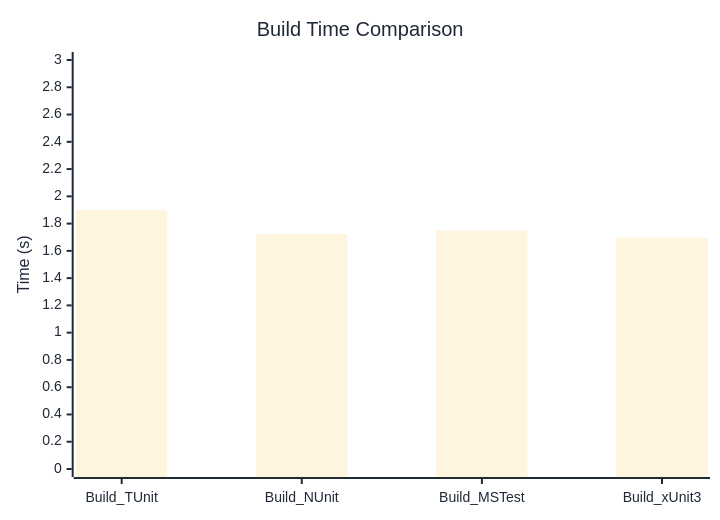
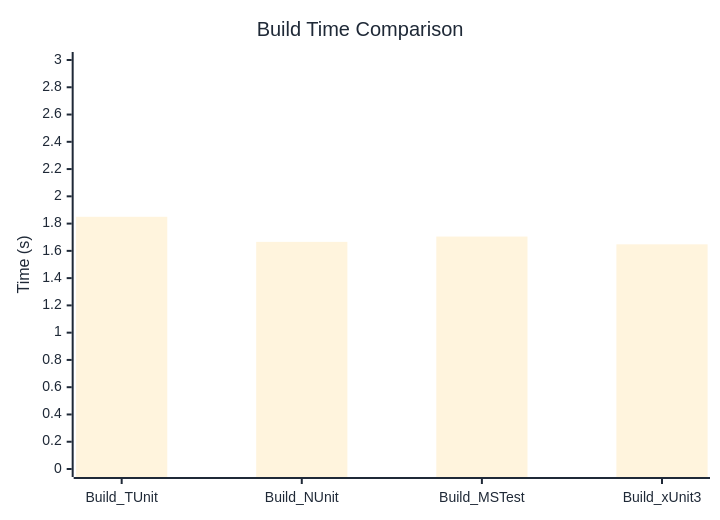
Before and after one commit to thomhurst/TUnit: the diagram in docs/docs/benchmarks/BuildTime.md, drawn with Mermaid. The commit also changed other lines of this file and 17 other files, not shown here.

````diff
--- a/docs/docs/benchmarks/BuildTime.md
+++ b/docs/docs/benchmarks/BuildTime.md
@@ -28,37 +28,37 @@
 ```mermaid
 %%{init: {
   'theme':'base',
   'themeVariables': {
     'primaryColor': '#2563eb',
     'primaryTextColor': '#1f2937',
     'primaryBorderColor': '#1e40af',
     'lineColor': '#6b7280',
     'secondaryColor': '#7c3aed',
     'tertiaryColor': '#dc2626',
     'background': '#ffffff',
     'mainBkg': '#2563eb',
     'secondBkg': '#7c3aed',
     'tertiaryBkg': '#dc2626',
     'clusterBkg': '#f3f4f6',
     'edgeLabelBackground': '#ffffff',
     'tertiaryTextColor': '#1f2937',
     'pie1': '#2563eb',
     'pie2': '#7c3aed',
     'pie3': '#dc2626',
     'pie4': '#f59e0b',
     'pie5': '#10b981',
     'pie6': '#06b6d4',
     'pie7': '#ec4899',
     'pie8': '#6366f1',
     'pie9': '#84cc16',
     'pie10': '#f97316',
     'pie11': '#14b8a6',
     'pie12': '#a855f7'
   }
 }}%%
 xychart-beta
   title "Build Time Comparison"
   x-axis ["Build_TUnit", "Build_NUnit", "Build_MSTest", "Build_xUnit3"]
   y-axis "Time (s)" 0 --> 3
-  bar [1.899, 1.723, 1.749, 1.697]
+  bar [1.85, 1.666, 1.705, 1.648]
 ```
````
